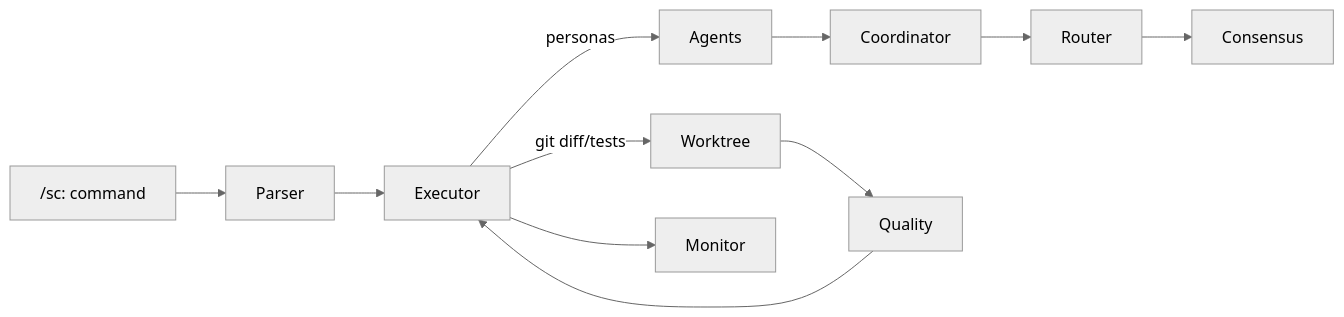
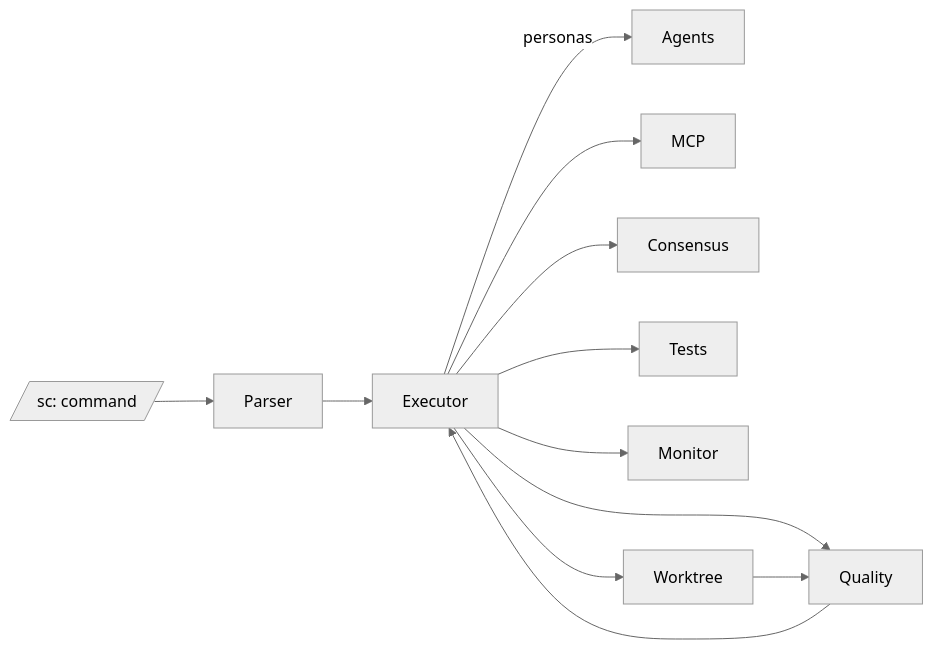
One commit to Tony363/SuperClaude changed the diagram in .codex-os/product/analysis.md. Above: the diagram before and after it, drawn with Mermaid (neutral theme). The commit also changed other lines of this file and 2 other files, not shown here.

````diff
--- a/.codex-os/product/analysis.md
+++ b/.codex-os/product/analysis.md
@@ -33,13 +36,14 @@
 ```mermaid
 flowchart LR
-  CLI["/sc: command"] --> Parser
+  CLI[/sc: command/] --> Parser
   Parser --> Executor
   Executor -->|personas| Agents
-  Agents --> Coordinator
-  Coordinator --> Router
-  Router --> Consensus
-  Executor -->|git diff/tests| Worktree
-  Worktree --> Quality
+  Executor --> MCP
+  Executor --> Consensus
+  Executor --> Tests
+  Executor --> Quality
   Quality --> Executor
   Executor --> Monitor
+  Executor --> Worktree
+  Worktree --> Quality
 ```
````
